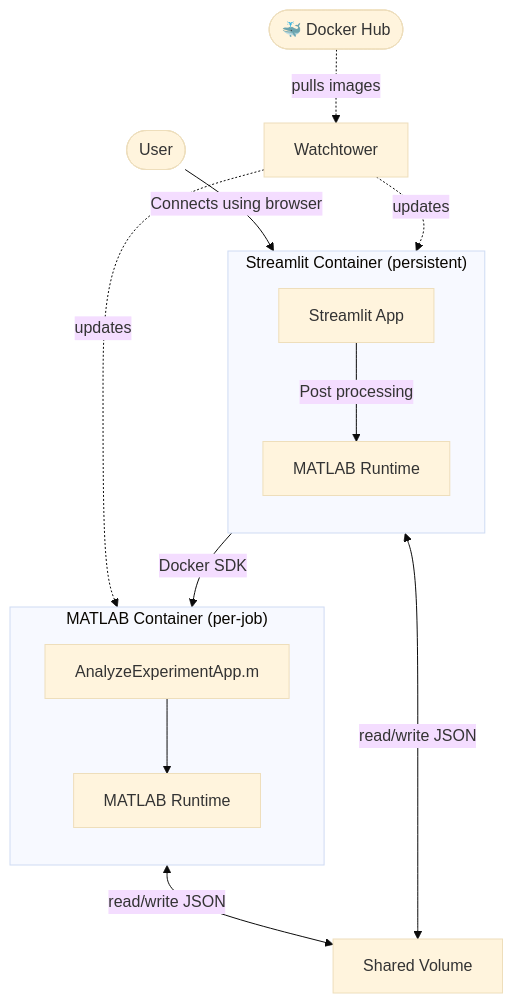
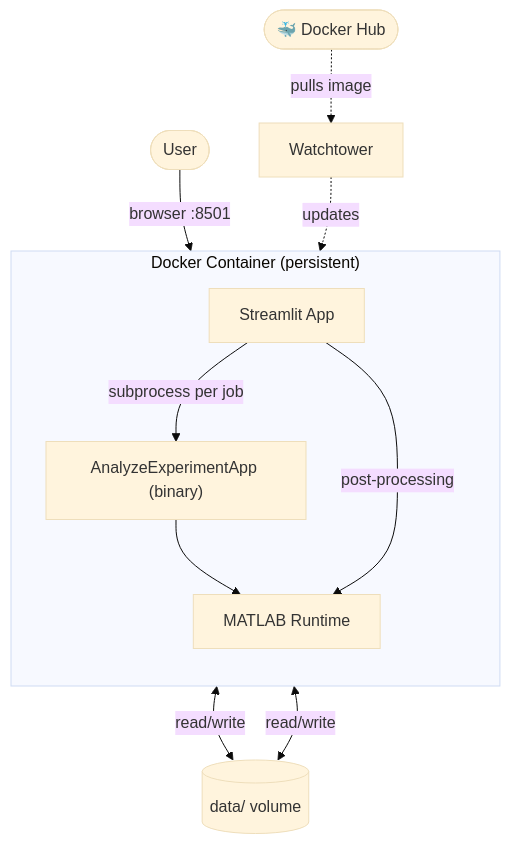
The diagram in docs/index.md (Dass33/MatlabPoC), drawn with Mermaid (base theme) before and after one commit. The commit also changed other lines of this file and 13 other files, not shown here.

````diff
--- a/docs/index.md
+++ b/docs/index.md
@@ -9,33 +9,24 @@
 ```mermaid
 flowchart TB
     User(["User"])
 
-    subgraph StreamlitContainer["Streamlit Container (persistent)"]
+    subgraph Container["Docker Container (persistent)"]
         direction TB
         Streamlit["Streamlit App"]
-        MCR1["MATLAB Runtime"]
-        Streamlit -->|Post processing| MCR1
+        MCR["MATLAB Runtime"]
+        Binary["AnalyzeExperimentApp (binary)"]
+        Streamlit -->|"subprocess per job"| Binary
+        Binary --> MCR
+        Streamlit -->|"post-processing"| MCR
     end
 
-    DataVol["Shared Volume"]
+    DataVol[("data/ volume")]
+    DockerHub(["🐳 Docker Hub"])
+    Watchtower["Watchtower"]
 
-    subgraph MatlabContainer["MATLAB Container (per-job)"]
-        direction TB
-        AnalyzeApp["AnalyzeExperimentApp.m"]
-        MCR2["MATLAB Runtime"]
-        AnalyzeApp --> MCR2
-    end
-
-    DockerHub(["🐳 Docker Hub"])
-    DockerHub -.->|pulls images| Watchtower
-
-    User -->|Connects using browser| Streamlit
-    Streamlit -->|Docker SDK| AnalyzeApp
-
-    AnalyzeApp <-->|read/write JSON| DataVol
-    Streamlit <-->|read/write JSON| DataVol
-
-    Watchtower -.->|updates| StreamlitContainer
-    Watchtower -.->|updates| MatlabContainer
-    StreamlitContainer ~~~ MatlabContainer
+    User -->|"browser :8501"| Streamlit
+    Binary <-->|"read/write"| DataVol
+    Streamlit <-->|"read/write"| DataVol
+    DockerHub -.->|"pulls image"| Watchtower
+    Watchtower -.->|"updates"| Container
 ```
````
